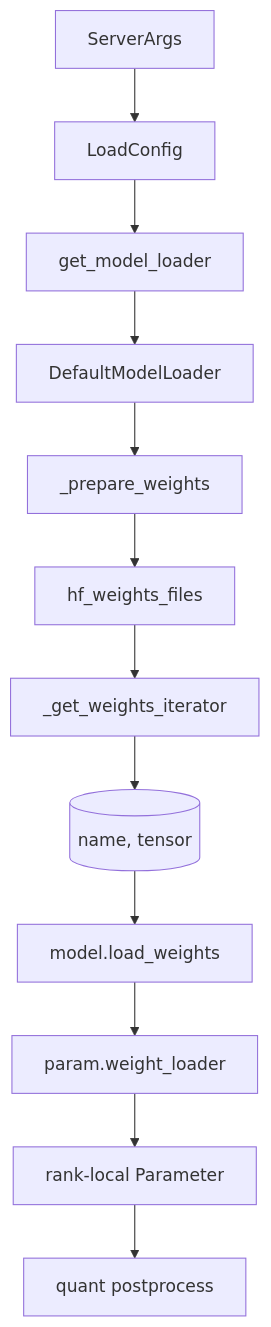
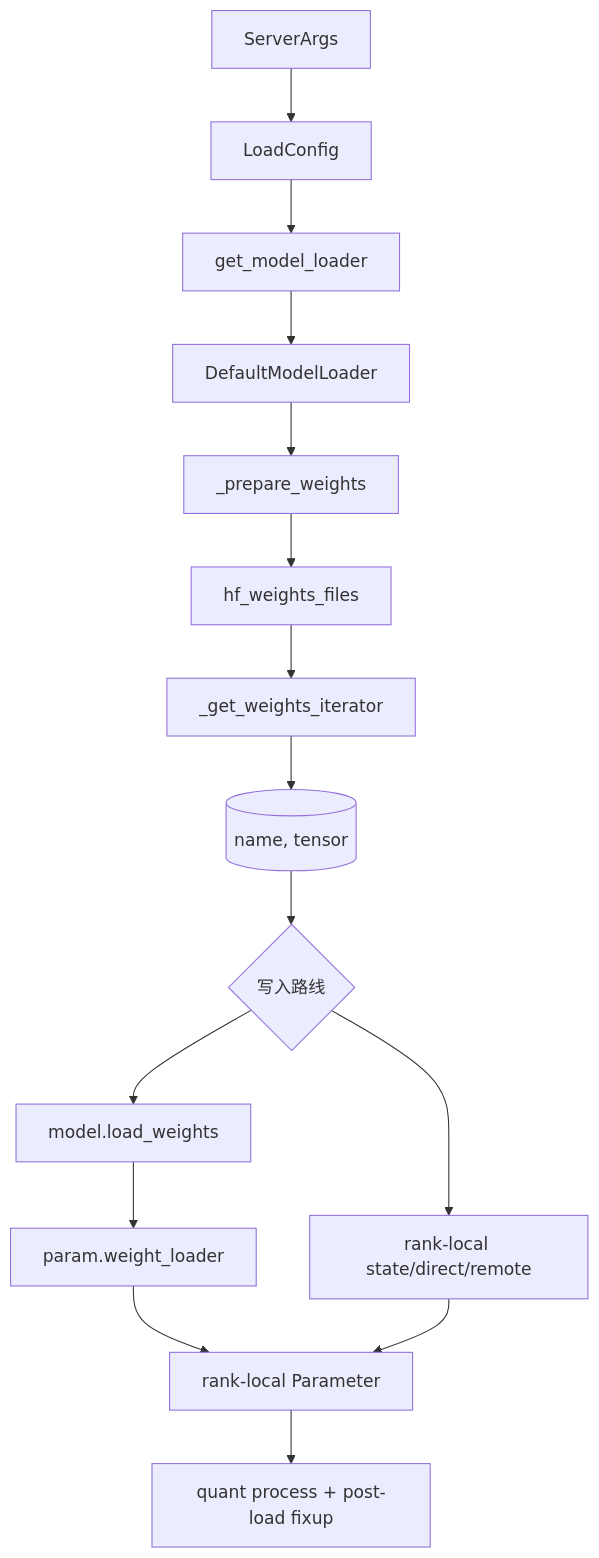
The diagram in sglang_reading/模型执行/ModelLoader/SGLang-ModelLoader-源码走读.md (OnlyHero5/sglang-reading-vault), drawn with Mermaid before and after one commit. The commit also changed other lines of this file and 512 other files, not shown here.

````diff
--- a/sglang_reading/模型执行/ModelLoader/SGLang-ModelLoader-源码走读.md
+++ b/sglang_reading/模型执行/ModelLoader/SGLang-ModelLoader-源码走读.md
@@ -20,14 +20,17 @@
 ```mermaid
 flowchart TB
   A[ServerArgs] --> B[LoadConfig]
   B --> C[get_model_loader]
   C --> D[DefaultModelLoader]
   D --> E[_prepare_weights]
   E --> F[hf_weights_files]
   F --> G[_get_weights_iterator]
   G --> H[(name, tensor)]
-  H --> I[model.load_weights]
-  I --> J[param.weight_loader]
-  J --> K[rank-local Parameter]
-  K --> L[quant postprocess]
+  H --> I{写入路线}
+  I --> J[model.load_weights]
+  J --> K[param.weight_loader]
+  I --> M[rank-local state/direct/remote]
+  K --> L[rank-local Parameter]
+  M --> L
+  L --> N[quant process + post-load fixup]
 ```
````
